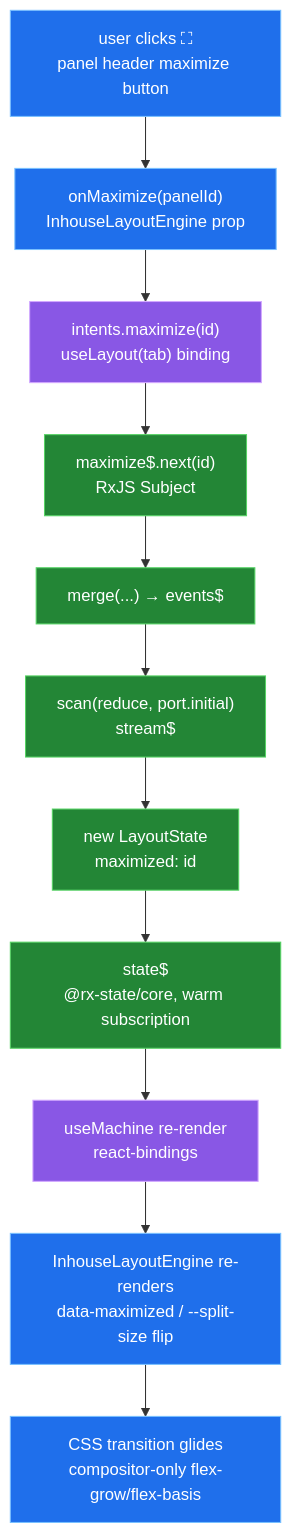
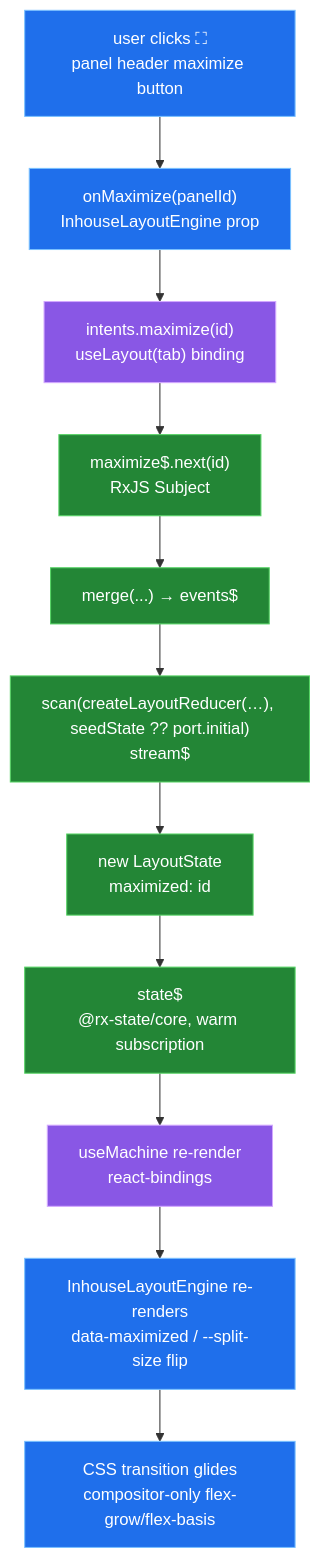
One commit to bettersoftware-io/ReactiveTraderCloudClone changed the fourth of 5 diagrams in docs/architecture/17-web-client-up-close.md. Above: the diagram before and after it, drawn with Mermaid. The commit also changed other lines of this file, not shown here.

First line of the commit message:
docs(architecture): §17 names the layout reducer as the code does

````diff
--- a/docs/architecture/17-web-client-up-close.md
+++ b/docs/architecture/17-web-client-up-close.md
@@ -401,20 +401,20 @@
 ```mermaid
 flowchart TB
     Click["user clicks ⛶<br/>panel header maximize button"]:::react
     OnMax["onMaximize(panelId)<br/>InhouseLayoutEngine prop"]:::react
     IntentMax["intents.maximize(id)<br/>useLayout(tab) binding"]:::bridge
     Subj["maximize$.next(id)<br/>RxJS Subject"]:::core
     Merged["merge(...) → events$"]:::core
-    Scan["scan(reduce, port.initial)<br/>stream$"]:::core
+    Scan["scan(createLayoutReducer(…), seedState ?? port.initial)<br/>stream$"]:::core
     NewState["new LayoutState<br/>maximized: id"]:::core
     StateDollar["state$<br/>@rx-state/core, warm subscription"]:::core
     Rerender["useMachine re-render<br/>react-bindings"]:::bridge
     EngineRerender["InhouseLayoutEngine re-renders<br/>data-maximized / --split-size flip"]:::react
     CssGlide["CSS transition glides<br/>compositor-only flex-grow/flex-basis"]:::react
 
     Click --> OnMax --> IntentMax --> Subj --> Merged --> Scan --> NewState --> StateDollar --> Rerender --> EngineRerender --> CssGlide
 
     classDef react fill:#1f6feb,stroke:#79c0ff,color:#ffffff
     classDef bridge fill:#8957e5,stroke:#d2a8ff,color:#ffffff
     classDef core fill:#238636,stroke:#56d364,color:#ffffff
 ```
````
